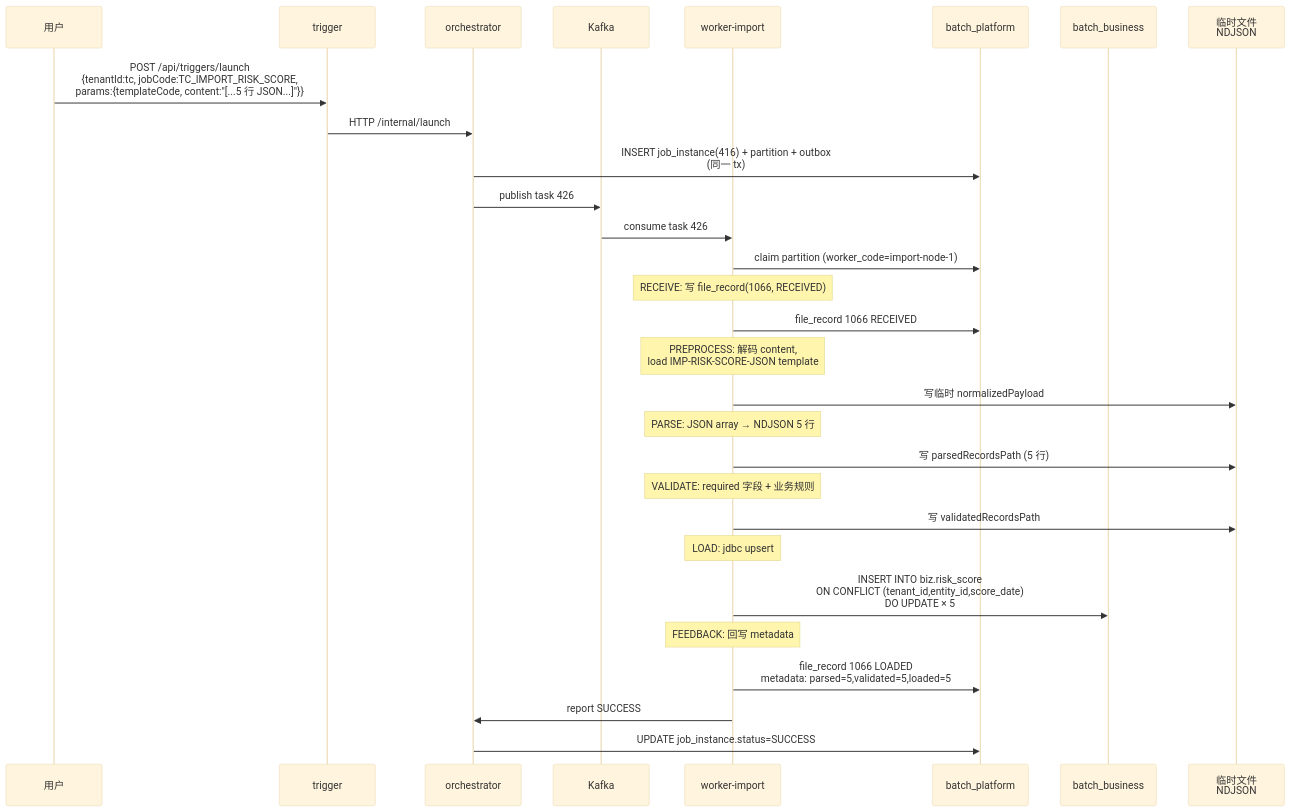
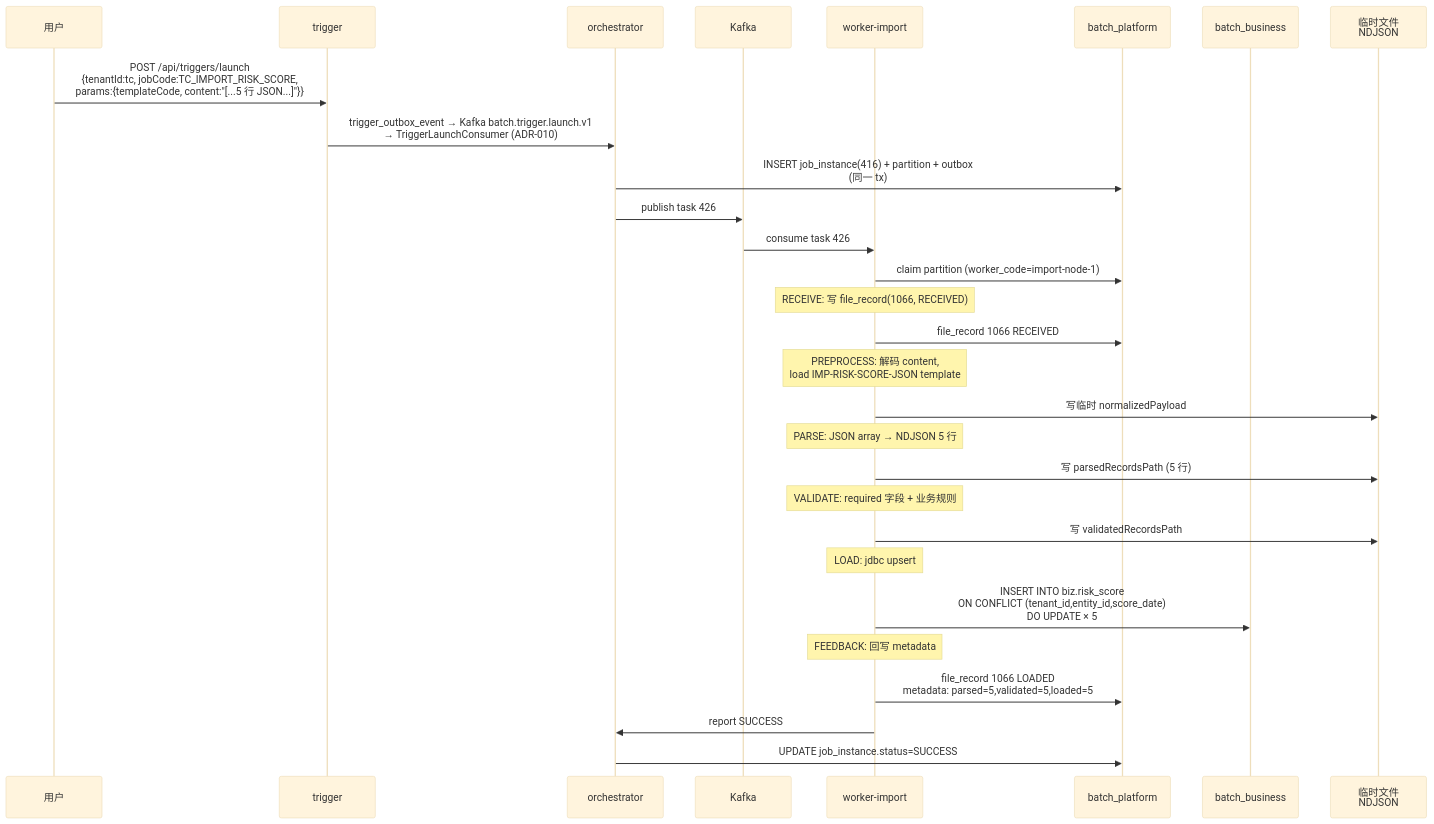
Before and after one commit to pinpols/file-batch-system: diagram 14 of 20 in docs/architecture/system-flow-overview.md, drawn with Mermaid (base theme). The commit also changed other lines of this file, not shown here.

First line of the commit message:
docs(arch): system-flow-overview 主图 + 时序图 trigger→orch 改 Kafka 桥

````diff
--- a/docs/architecture/system-flow-overview.md
+++ b/docs/architecture/system-flow-overview.md
@@ -915,32 +917,32 @@
 ```mermaid
 sequenceDiagram
     participant U as 用户
     participant T as trigger
     participant O as orchestrator
     participant K as Kafka
     participant I as worker-import
     participant DB as batch_platform
     participant BIZ as batch_business
     participant FS as 临时文件<br/>NDJSON
 
     U->>T: POST /api/triggers/launch<br/>{tenantId:tc, jobCode:TC_IMPORT_RISK_SCORE,<br/> params:{templateCode, content:"[...5 行 JSON...]"}}
-    T->>O: HTTP /internal/launch
+    T->>O: trigger_outbox_event → Kafka batch.trigger.launch.v1<br/>→ TriggerLaunchConsumer (ADR-010)
     O->>DB: INSERT job_instance(416) + partition + outbox<br/>(同一 tx)
     O->>K: publish task 426
     K->>I: consume task 426
     I->>DB: claim partition (worker_code=import-node-1)
     Note over I: RECEIVE: 写 file_record(1066, RECEIVED)
     I->>DB: file_record 1066 RECEIVED
     Note over I: PREPROCESS: 解码 content,<br/>load IMP-RISK-SCORE-JSON template
     I->>FS: 写临时 normalizedPayload
     Note over I: PARSE: JSON array → NDJSON 5 行
     I->>FS: 写 parsedRecordsPath (5 行)
     Note over I: VALIDATE: required 字段 + 业务规则
     I->>FS: 写 validatedRecordsPath
     Note over I: LOAD: jdbc upsert
     I->>BIZ: INSERT INTO biz.risk_score<br/>ON CONFLICT (tenant_id,entity_id,score_date)<br/>DO UPDATE × 5
     Note over I: FEEDBACK: 回写 metadata
     I->>DB: file_record 1066 LOADED<br/>metadata: parsed=5,validated=5,loaded=5
     I->>O: report SUCCESS
     O->>DB: UPDATE job_instance.status=SUCCESS
 ```
````
